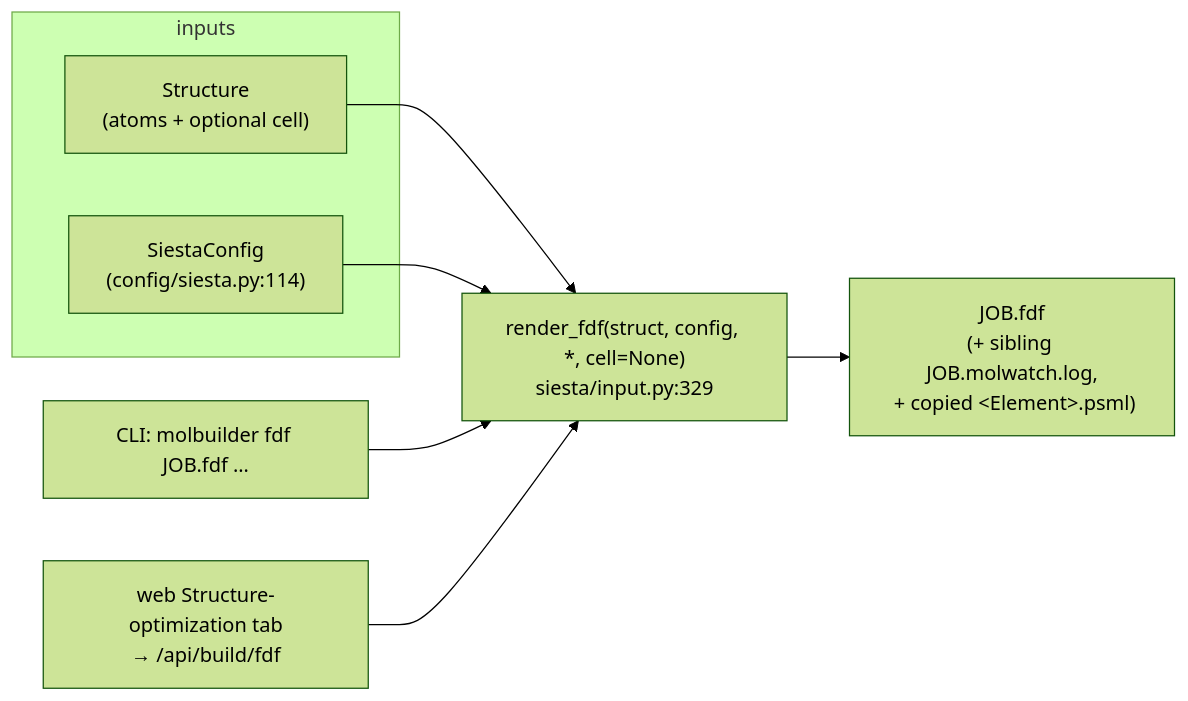
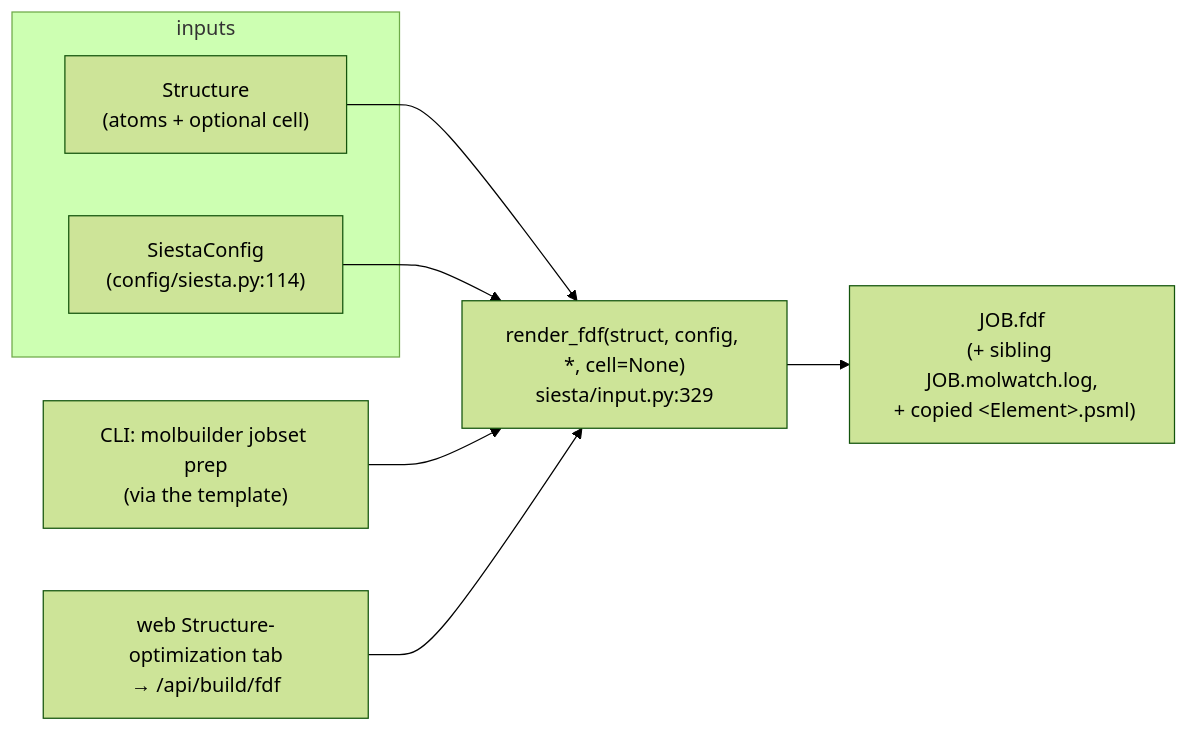
The first of 2 diagrams in docs/engines/siesta.md (Qing-LAB/molbuilder), drawn with Mermaid (forest theme) before and after one commit. The commit also changed other lines of this file and 18 other files, not shown here.

````diff
--- a/docs/engines/siesta.md
+++ b/docs/engines/siesta.md
@@ -39,16 +39,16 @@
 ```mermaid
 flowchart LR
     subgraph IN["inputs"]
         S["Structure<br/>(atoms + optional cell)"]
         C["SiestaConfig<br/>(config/siesta.py:114)"]
     end
-    CLI["CLI: molbuilder fdf JOB.fdf …"]
+    CLI["CLI: molbuilder jobset prep<br/>(via the template)"]
     WEB["web Structure-optimization tab<br/>→ /api/build/fdf"]
     R["render_fdf(struct, config, *, cell=None)<br/>siesta/input.py:329"]
     OUT["JOB.fdf<br/>(+ sibling JOB.molwatch.log,<br/> + copied &lt;Element&gt;.psml)"]
     S --> R
     C --> R
     CLI --> R
     WEB --> R
     R --> OUT
 ```
````
